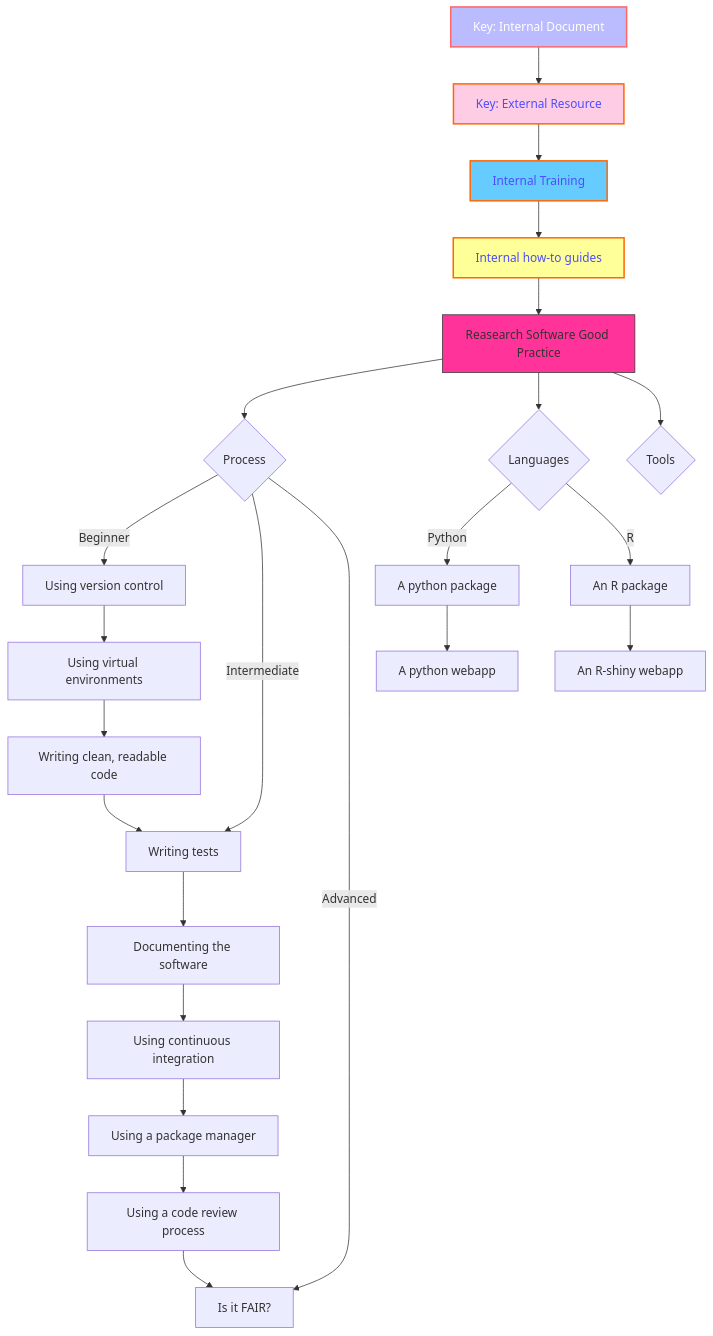
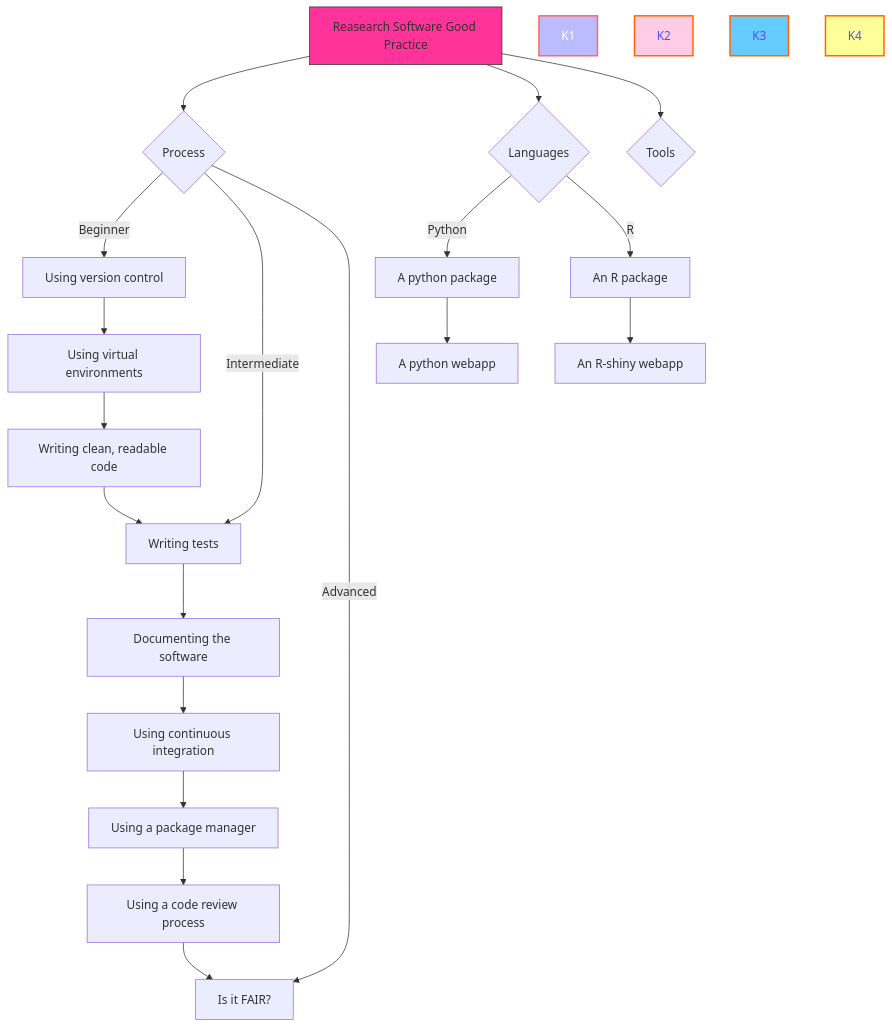
The second of 2 diagrams in docs/index.md (ICR-SC/good-practice), drawn with Mermaid before and after one commit. The commit also changed other lines of this file, not shown here.

Commit message:
Move key

````diff
--- a/docs/index.md
+++ b/docs/index.md
@@ -6,32 +19,28 @@
 ``` mermaid
-graph TD
-  K1[Key: Internal Document] --> K2[Key: External Resource];
-  K2 --> K3[Internal Training];
-  K3 --> K4[Internal how-to guides];
-  K4 --> A[Reasearch Software Good Practice];
-  A --> B{Process};
+graph TD  
+  A[Reasearch Software Good Practice] --> B{Process};
   B -->|Beginner| C[Using version control];
   C --> D[Using virtual environments];
   D --> E[Writing clean, readable code];
   E --> F[Writing tests];
   B ---->|Intermediate| F;
   F --> G[Documenting the software];
   G --> H[Using continuous integration];
   H --> I[Using a package manager];
   I --> J[Using a code review process];
   J --> K[Is it FAIR?];
   B ---->|Advanced| K;
   A --> EB{Languages};
   EB --> |Python| PA[A python package];
   PA --> PB[A python webapp];
   EB --> |R| RA[An R package];
   RA --> RB[An R-shiny webapp];
   A --> TA{Tools};
   click K1 "https://www.github.com" "This is a tooltip for a link"
   style A fill:#ff3399,stroke:#333,stroke-width:1px
   style K1 fill:#bbf,stroke:#f66,stroke-width:2px,color:#fff
   style K2 fill:#ffcce6,stroke:#ff6600,stroke-width:2px,color:#4d4dff
   style K3 fill:#66ccff,stroke:#ff6600,stroke-width:2px,color:#4d4dff
   style K4 fill:#ffff99,stroke:#ff6600,stroke-width:2px,color:#4d4dff
   
 ```
````
